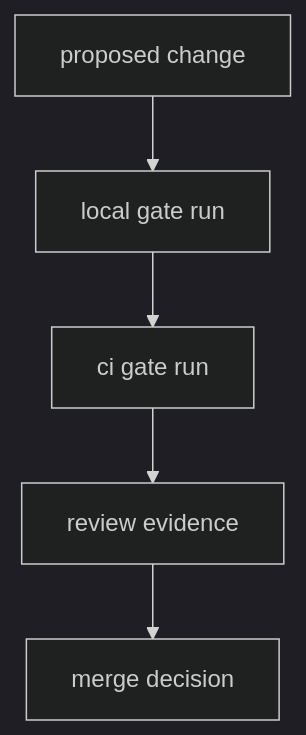
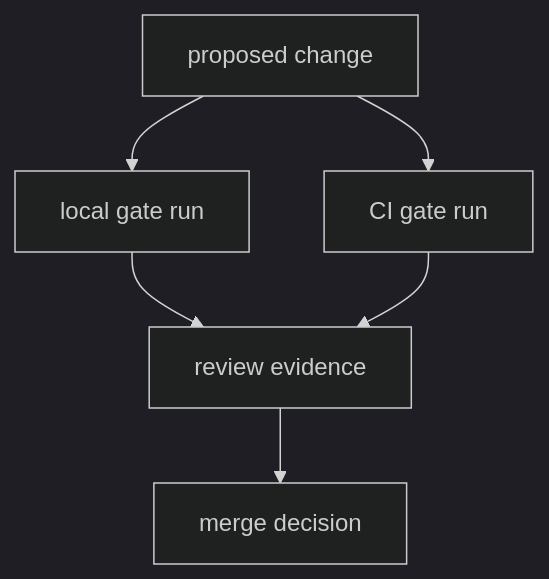
Before and after one commit to bijux/bijux-cli: the diagram in docs/bijux-dev/operations/repository-gates.md, drawn with Mermaid (dark theme). The commit also changed other lines of this file, not shown here.

Commit message:
docs(dev-operations): clarify repository gate flow

````diff
--- a/docs/bijux-dev/operations/repository-gates.md
+++ b/docs/bijux-dev/operations/repository-gates.md
@@ -17,7 +19,8 @@
 ```mermaid
 flowchart TD
-    change[proposed change] --> local[local gate run]
-    local --> ci[ci gate run]
-    ci --> review[review evidence]
-    review --> merge[merge decision]
+    change["proposed change"] --> local["local gate run"]
+    change --> ci["CI gate run"]
+    local --> review["review evidence"]
+    ci --> review
+    review --> merge["merge decision"]
 ```
````
